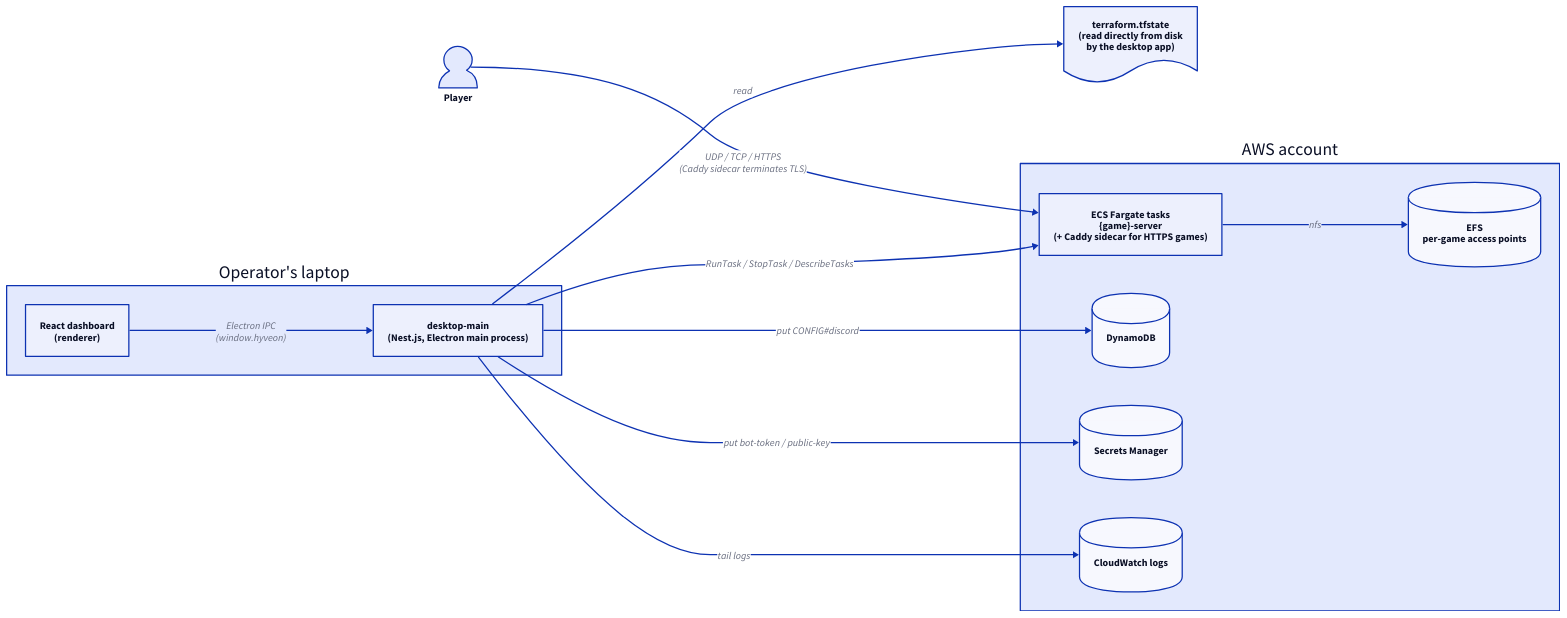
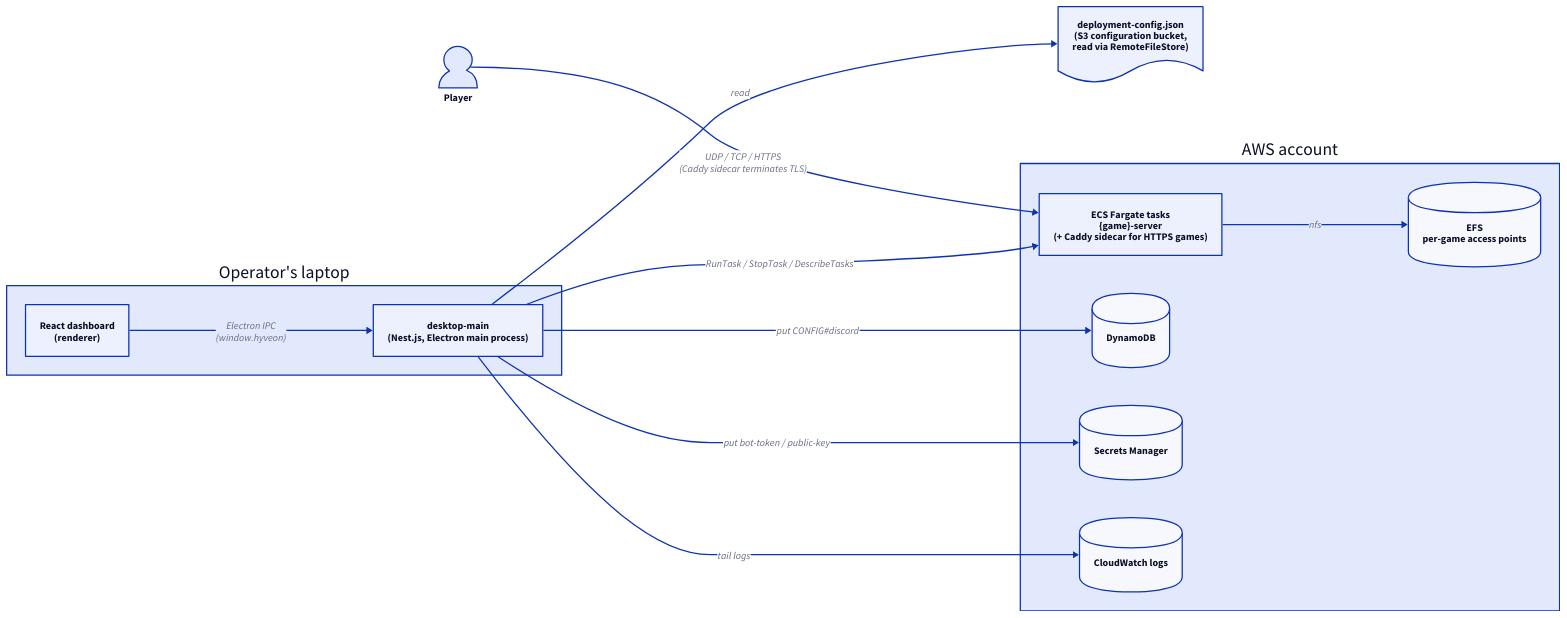
The diagram in docs/diagrams/game-plane.d2 (CoderCoco-Studios/Hyveon), drawn with D2 before and after one commit. The commit also changed 8 other files, not shown here.

```diff
--- a/docs/diagrams/game-plane.d2
+++ b/docs/diagrams/game-plane.d2
@@ -1,40 +1,40 @@
 direction: right
 
 operator: "Operator's laptop" {
   dashboard: "React dashboard\n(renderer)"
   api: "desktop-main\n(Nest.js, Electron main process)"
   dashboard -> api: "Electron IPC\n(window.hyveon)"
 }
 
-tfstate: "terraform.tfstate\n(read directly from disk\nby the desktop app)" {
+config: "deployment-config.json\n(S3 configuration bucket,\nread via RemoteFileStore)" {
   shape: document
 }
 
 aws: "AWS account" {
   ecs: "ECS Fargate tasks\n{game}-server\n(+ Caddy sidecar for HTTPS games)"
   efs: "EFS\nper-game access points" {
     shape: cylinder
   }
   ddb: "DynamoDB" {
     shape: cylinder
   }
   sm: "Secrets Manager" {
     shape: cylinder
   }
   cw: "CloudWatch logs" {
     shape: cylinder
   }
 
   ecs -> efs: "nfs"
 }
 
 player: "Player" {
   shape: person
 }
 
-operator.api -> tfstate: "read"
+operator.api -> config: "read"
 operator.api -> aws.ecs: "RunTask / StopTask / DescribeTasks"
 operator.api -> aws.ddb: "put CONFIG#discord"
 operator.api -> aws.sm: "put bot-token / public-key"
 operator.api -> aws.cw: "tail logs"
 player -> aws.ecs: "UDP / TCP / HTTPS\n(Caddy sidecar terminates TLS)"
```
